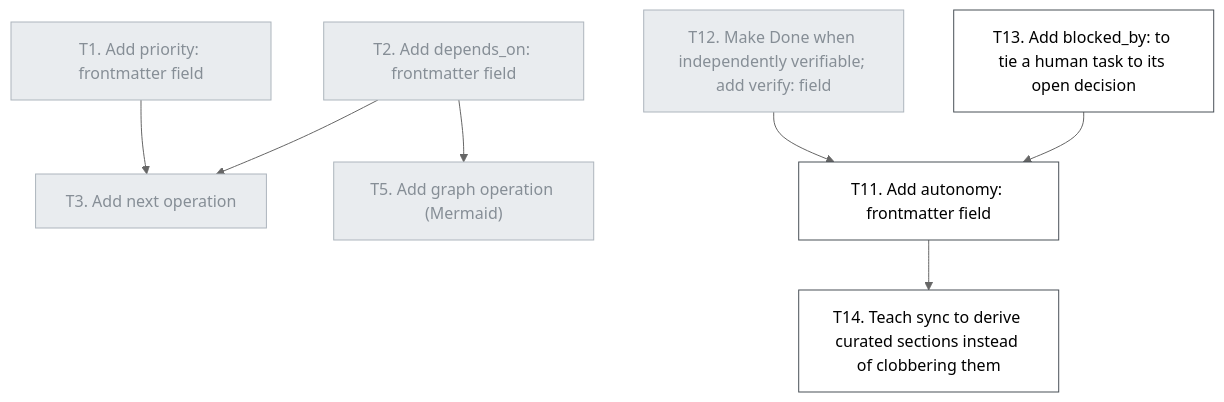
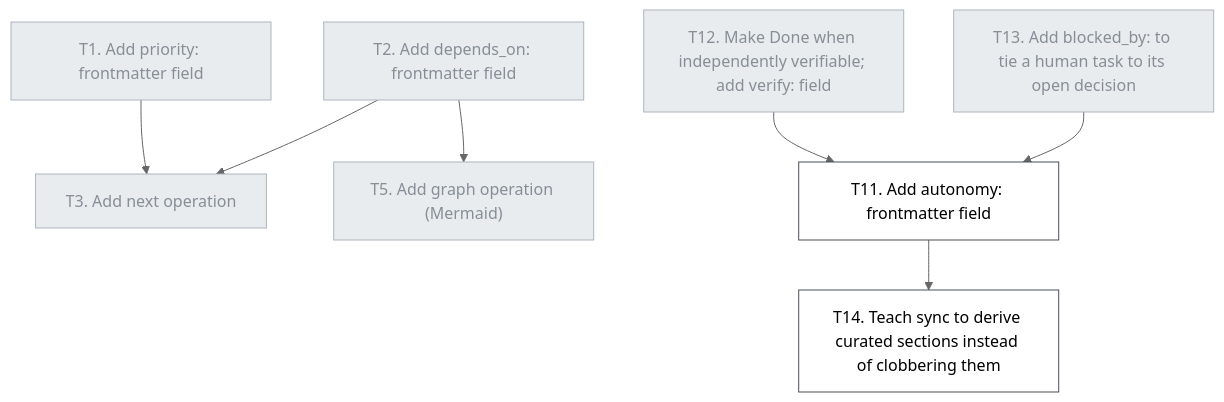
Before and after one commit to luisalima/opentasks-skill: the diagram in docs/tasks/TASK_INDEX.md, drawn with Mermaid (neutral theme). The commit also changed other lines of this file and 6 other files, not shown here.

First line of the commit message:
T13: add optional blocked_by: field tying a task to its open decision

````diff
--- a/docs/tasks/TASK_INDEX.md
+++ b/docs/tasks/TASK_INDEX.md
@@ -34,22 +34,22 @@
 ```mermaid
 graph TD
     T1["T1. Add priority: frontmatter field"]:::done
     T2["T2. Add depends_on: frontmatter field"]:::done
     T3["T3. Add next operation"]:::done
     T5["T5. Add graph operation (Mermaid)"]:::done
     T11["T11. Add autonomy: frontmatter field"]:::todo
     T12["T12. Make Done when independently verifiable; add verify: field"]:::done
-    T13["T13. Add blocked_by: to tie a human task to its open decision"]:::todo
+    T13["T13. Add blocked_by: to tie a human task to its open decision"]:::done
     T14["T14. Teach sync to derive curated sections instead of clobbering them"]:::todo
     T1 --> T3
     T2 --> T3
     T2 --> T5
     T12 --> T11
     T13 --> T11
     T11 --> T14
     classDef todo fill:#ffffff,stroke:#495057
     classDef doing fill:#fff3bf,stroke:#f59f00,stroke-width:2px
     classDef blocked fill:#ffe3e3,stroke:#e03131,stroke-dasharray: 5 5
     classDef done fill:#e9ecef,stroke:#adb5bd,color:#868e96
     classDef missing fill:#ffffff,stroke:#e03131,stroke-dasharray: 2 2,color:#e03131
 ```
````
